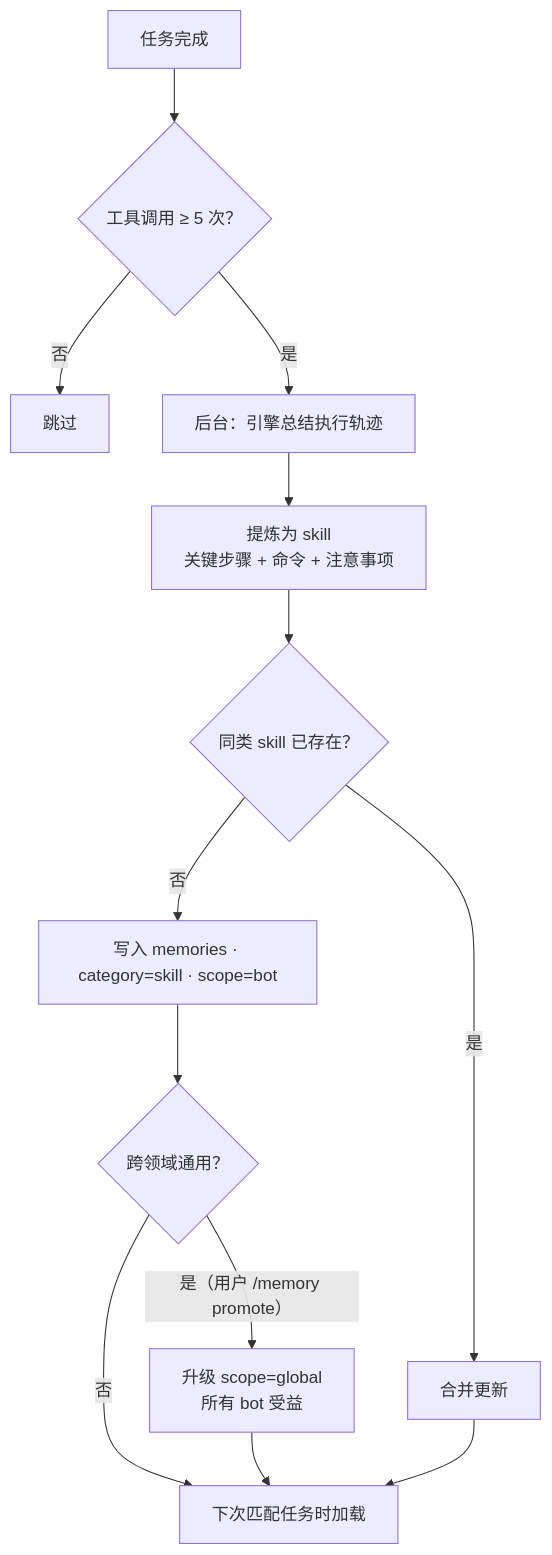
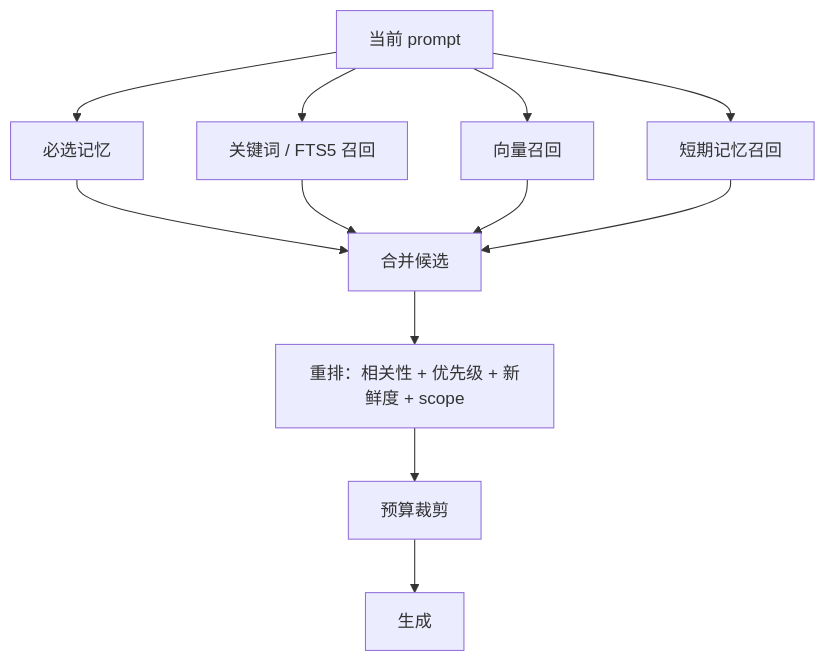
One commit to linlangli/AxiomRuntime changed the third of 4 diagrams in docs/memory-system-spec.md. Above: the diagram before and after it, drawn with Mermaid. The commit also changed other lines of this file, not shown here.

````diff
--- a/docs/memory-system-spec.md
+++ b/docs/memory-system-spec.md
@@ -761,15 +470,16 @@
 ```mermaid
 flowchart TD
-  Task["任务完成"] --> Check{"工具调用 ≥ 5 次？"}
-  Check -- 否 --> Skip["跳过"]
-  Check -- 是 --> Summarize["后台：引擎总结执行轨迹"]
-  Summarize --> Extract["提炼为 skill<br/>关键步骤 + 命令 + 注意事项"]
-  Extract --> Dedup{"同类 skill 已存在？"}
-  Dedup -- 是 --> Merge["合并更新"]
-  Dedup -- 否 --> Save["写入 memories · category=skill · scope=bot"]
-  Save --> Promote{"跨领域通用？"}
-  Promote -- "是（用户 /memory promote）" --> Global["升级 scope=global<br/>所有 bot 受益"]
-  Promote -- 否 --> Next["下次匹配任务时加载"]
-  Global --> Next
-  Merge --> Next
+  Prompt["当前 prompt"] --> Required["必选记忆"]
+  Prompt --> Keyword["关键词 / FTS5 召回"]
+  Prompt --> Vector["向量召回"]
+  Prompt --> Recent["短期记忆召回"]
+
+  Required --> Merge["合并候选"]
+  Keyword --> Merge
+  Vector --> Merge
+  Recent --> Merge
+
+  Merge --> Rank["重排：相关性 + 优先级 + 新鲜度 + scope"]
+  Rank --> Budget["预算裁剪"]
+  Budget --> Inject["生成 <user_memory>"]
 ```
````
